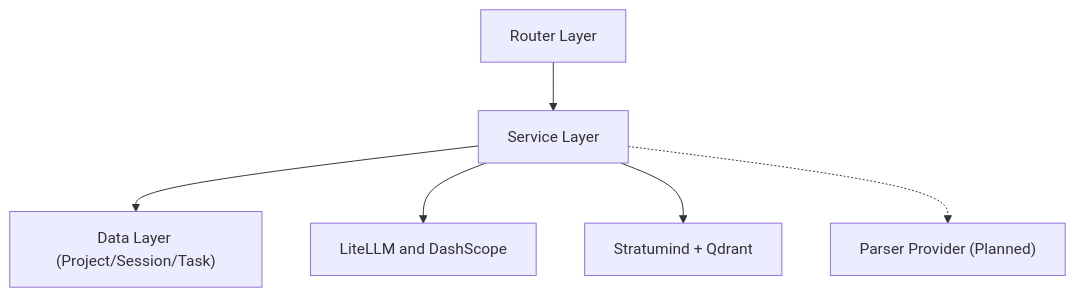
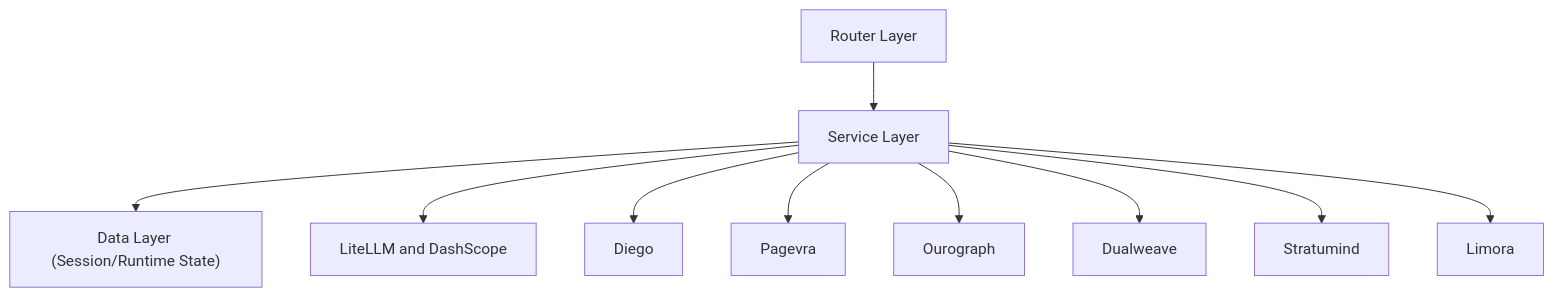
The diagram in docs/architecture/backend/overview.md (ln-one/Spectra), drawn with Mermaid before and after one commit. The commit also changed other lines of this file and 94 other files, not shown here.

````diff
--- a/docs/architecture/backend/overview.md
+++ b/docs/architecture/backend/overview.md
@@ -68,8 +67,12 @@
 ```mermaid
 flowchart TB
  Router["Router Layer"] --> Service["Service Layer"]
- Service --> Data["Data Layer (Project/Session/Task)"]
+ Service --> Data["Data Layer (Session/Runtime State)"]
  Service --> LLM["LiteLLM and DashScope"]
- Service --> Vector["Stratumind + Qdrant"]
- Service -.-> Parser["Parser Provider (Planned)"]
+ Service --> Diego["Diego"]
+ Service --> Pagevra["Pagevra"]
+ Service --> Ourograph["Ourograph"]
+ Service --> Dualweave["Dualweave"]
+ Service --> Stratumind["Stratumind"]
+ Service --> Limora["Limora"]
 ```
````
